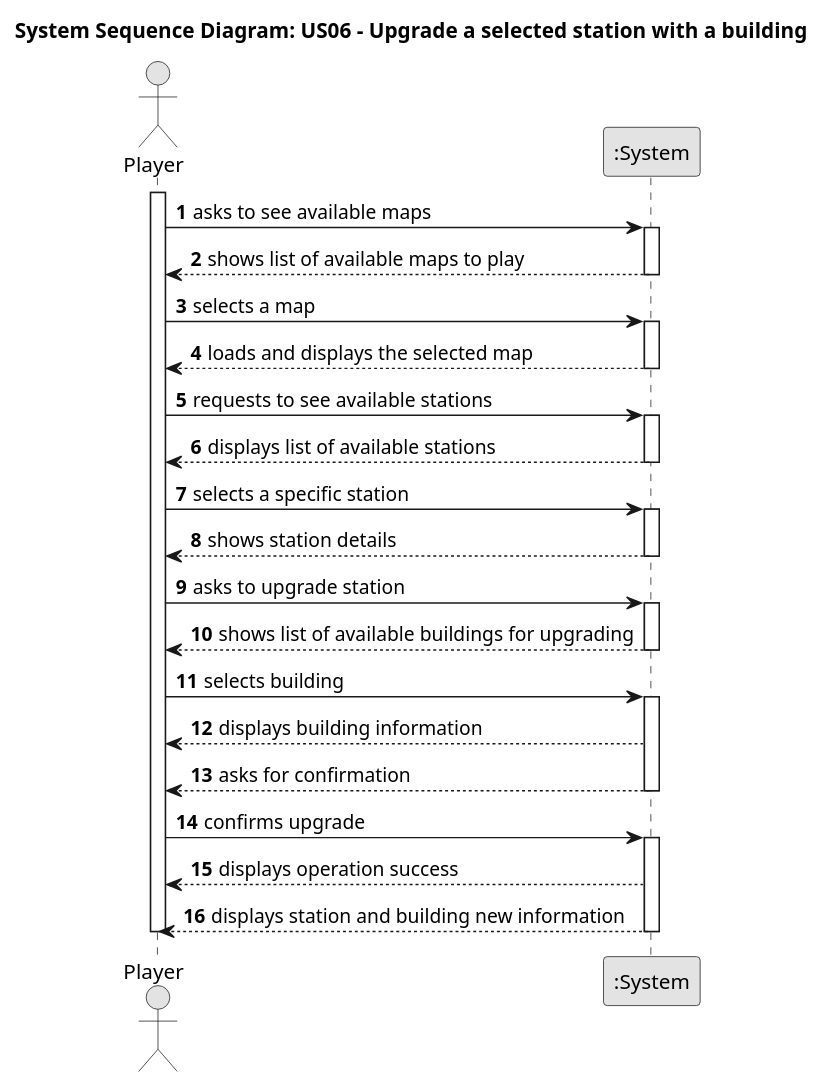
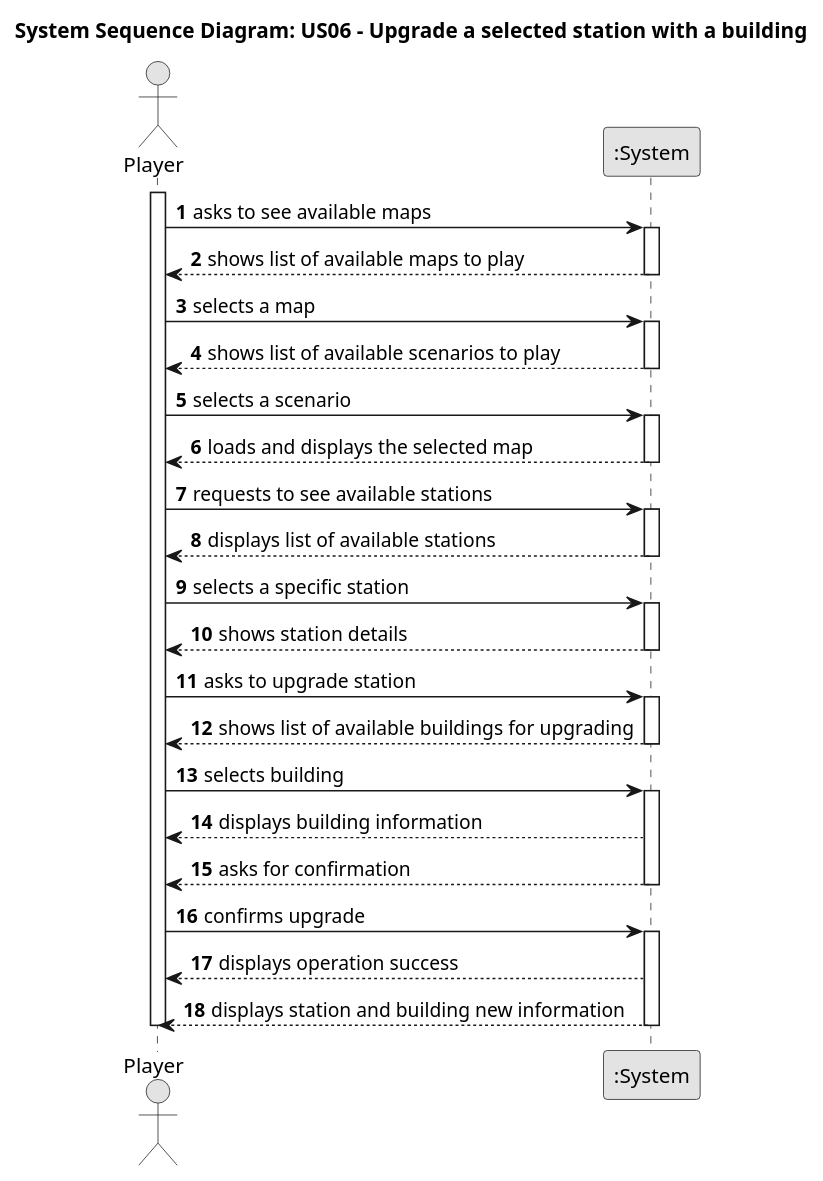
Before and after one commit to HenriqueSilva18/Railway-Network-Simulator: the diagram in docs/system-documentation/Sprint 2/US06/01.requirements-engineering/puml/US006-SSD.puml, drawn with PlantUML. The commit also changed 14 other files, not shown here.

```diff
--- a/docs/system-documentation/Sprint 2/US06/01.requirements-engineering/puml/US006-SSD.puml
+++ b/docs/system-documentation/Sprint 2/US06/01.requirements-engineering/puml/US006-SSD.puml
@@ -1,51 +1,55 @@
 @startuml
 skinparam monochrome true
 skinparam packageStyle rectangle
 skinparam shadowing false
 
 autonumber
 
 title System Sequence Diagram: US06 - Upgrade a selected station with a building
 
 actor "Player" as player
 participant ":System" as system
 
 activate player
 player -> system: asks to see available maps
 activate system
 system --> player: shows list of available maps to play
 deactivate system
-
 player -> system: selects a map
 activate system
+system --> player: shows list of available scenarios to play
+deactivate system
+player -> system : selects a scenario
+activate system
+
 system --> player: loads and displays the selected map
 deactivate system
 
 player -> system: requests to see available stations
 activate system
 system --> player: displays list of available stations
 deactivate system
 
 player -> system: selects a specific station
 activate system
 system --> player: shows station details
 deactivate system
 player -> system: asks to upgrade station
 activate system
 system --> player: shows list of available buildings for upgrading
 deactivate system
 
 player -> system: selects building
 activate system
 system --> player: displays building information
 system --> player: asks for confirmation
 deactivate system
 
 player -> system: confirms upgrade
 activate system
 system --> player: displays operation success
 system --> player: displays station and building new information
 deactivate system
 
 deactivate player
 @enduml
```
